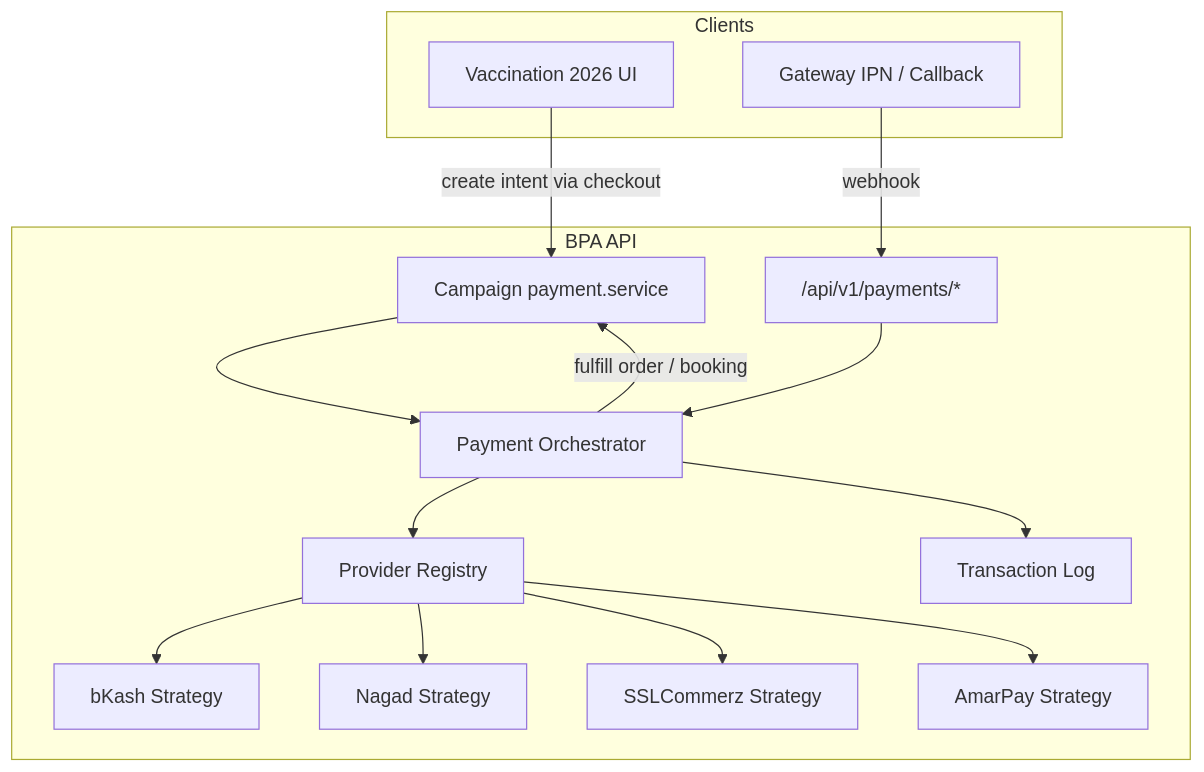
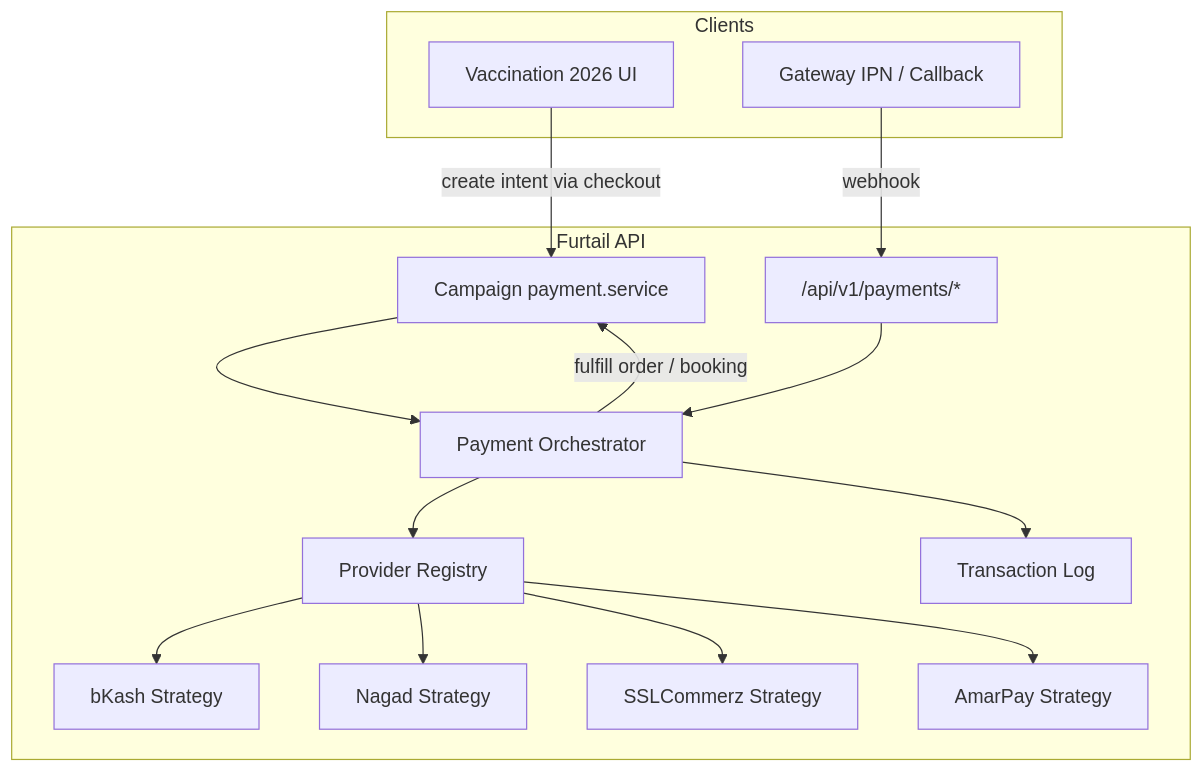
One commit to balagpetcare/furtail_api changed the diagram in docs/vaccination-campaign-2026/payment-gateway-architecture.md. Above: the diagram before and after it, drawn with Mermaid. The commit also changed other lines of this file and 375 other files, not shown here.

Commit message:
chore(furtail-api): rename project and domains to Furtail

````diff
--- a/docs/vaccination-campaign-2026/payment-gateway-architecture.md
+++ b/docs/vaccination-campaign-2026/payment-gateway-architecture.md
@@ -19,28 +19,28 @@
 ```mermaid
 flowchart TB
   subgraph clients [Clients]
     FE[Vaccination 2026 UI]
     GW[Gateway IPN / Callback]
   end
 
-  subgraph api [BPA API]
+  subgraph api [Furtail API]
     R["/api/v1/payments/*"]
     O[Payment Orchestrator]
     REG[Provider Registry]
     S1[bKash Strategy]
     S2[Nagad Strategy]
     S3[SSLCommerz Strategy]
     S4[AmarPay Strategy]
     LOG[Transaction Log]
     CAMP[Campaign payment.service]
   end
 
   FE -->|create intent via checkout| CAMP
   CAMP --> O
   R --> O
   O --> REG
   REG --> S1 & S2 & S3 & S4
   O --> LOG
   GW -->|webhook| R
   O -->|fulfill order / booking| CAMP
 ```
````
